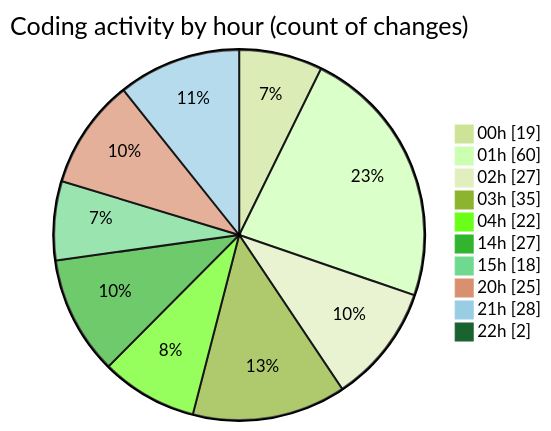
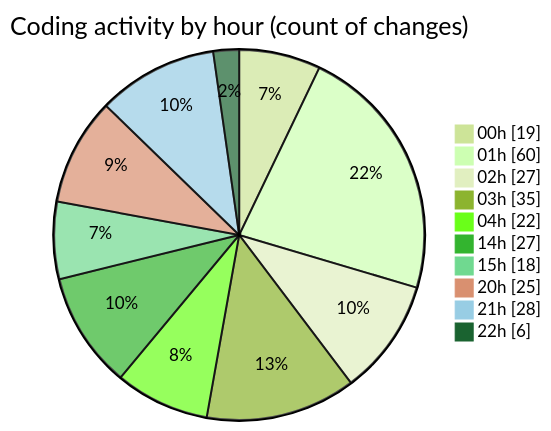
Before and after one commit to lephambinh05/code-tracking: the second of 2 diagrams in 2025-07-25/quanlyrapchieuphim-1/README.md, drawn with Mermaid (forest theme). The commit also changed other lines of this file and 1 other file, not shown here.

````diff
--- a/2025-07-25/quanlyrapchieuphim-1/README.md
+++ b/2025-07-25/quanlyrapchieuphim-1/README.md
@@ -50,14 +50,14 @@
 ```mermaid
 pie showData
 title Coding activity by hour (count of changes)
 "00h" : 19
 "01h" : 60
 "02h" : 27
 "03h" : 35
 "04h" : 22
 "14h" : 27
 "15h" : 18
 "20h" : 25
 "21h" : 28
-"22h" : 2
+"22h" : 6
 ```
````
